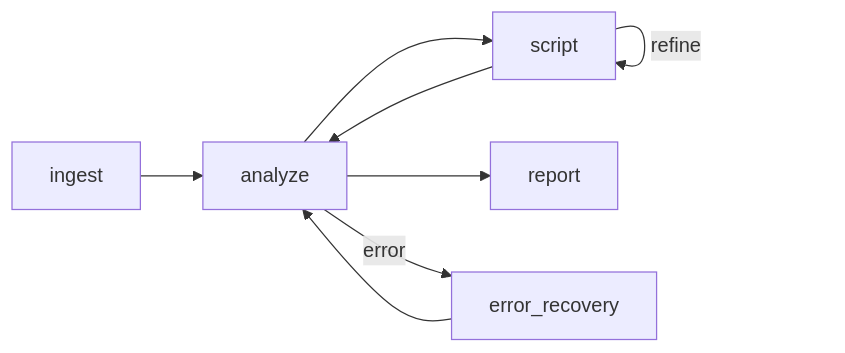
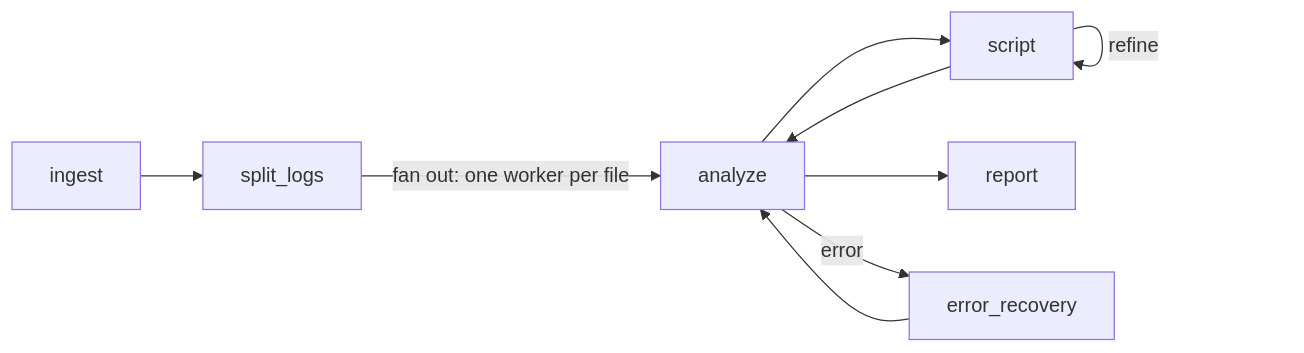
One commit to GEMISIS/leviath changed the seventh of 7 diagrams in docs/content/agent-catalog.md. Above: the diagram before and after it, drawn with Mermaid. The commit also changed other lines of this file and 52 other files, not shown here.

First line of the commit message:
feat(agents): fan out the research, review, and log agents

````diff
--- a/docs/content/agent-catalog.md
+++ b/docs/content/agent-catalog.md
@@ -223,10 +221,11 @@
 ```mermaid
 flowchart LR
-    ingest --> analyze
+    ingest --> split_logs
+    split_logs -->|"fan out: one worker per file"| analyze
     analyze --> script
     script -->|refine| script
     script --> analyze
     analyze --> report
     analyze -->|error| error_recovery
     error_recovery --> analyze
 ```
````
